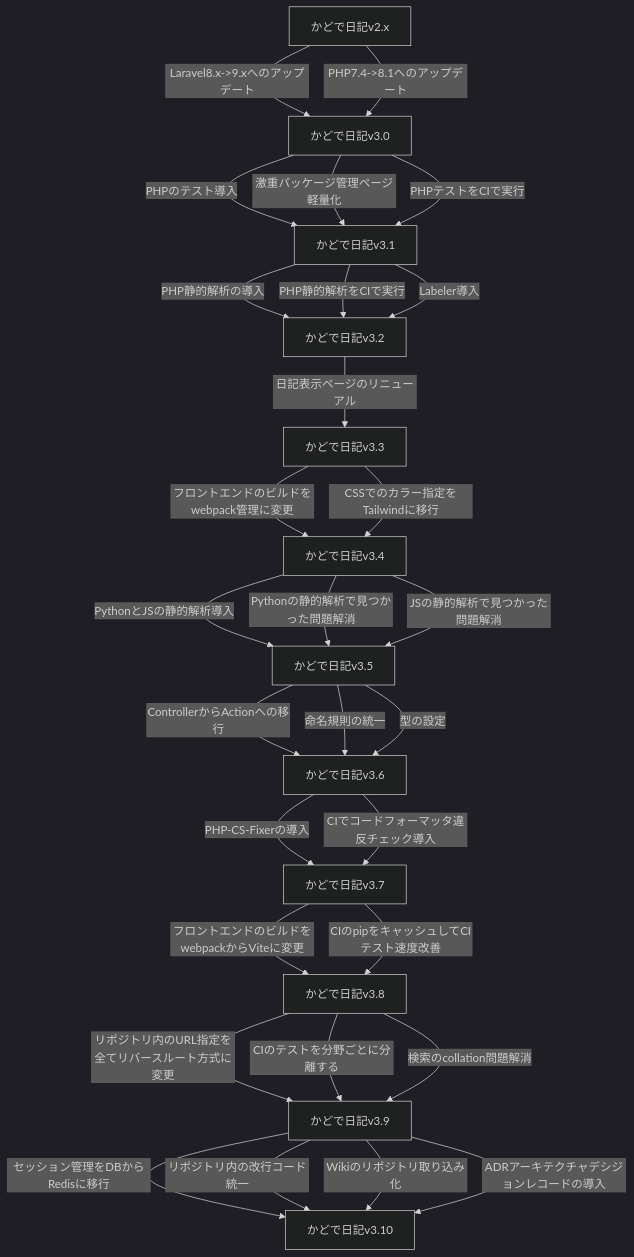
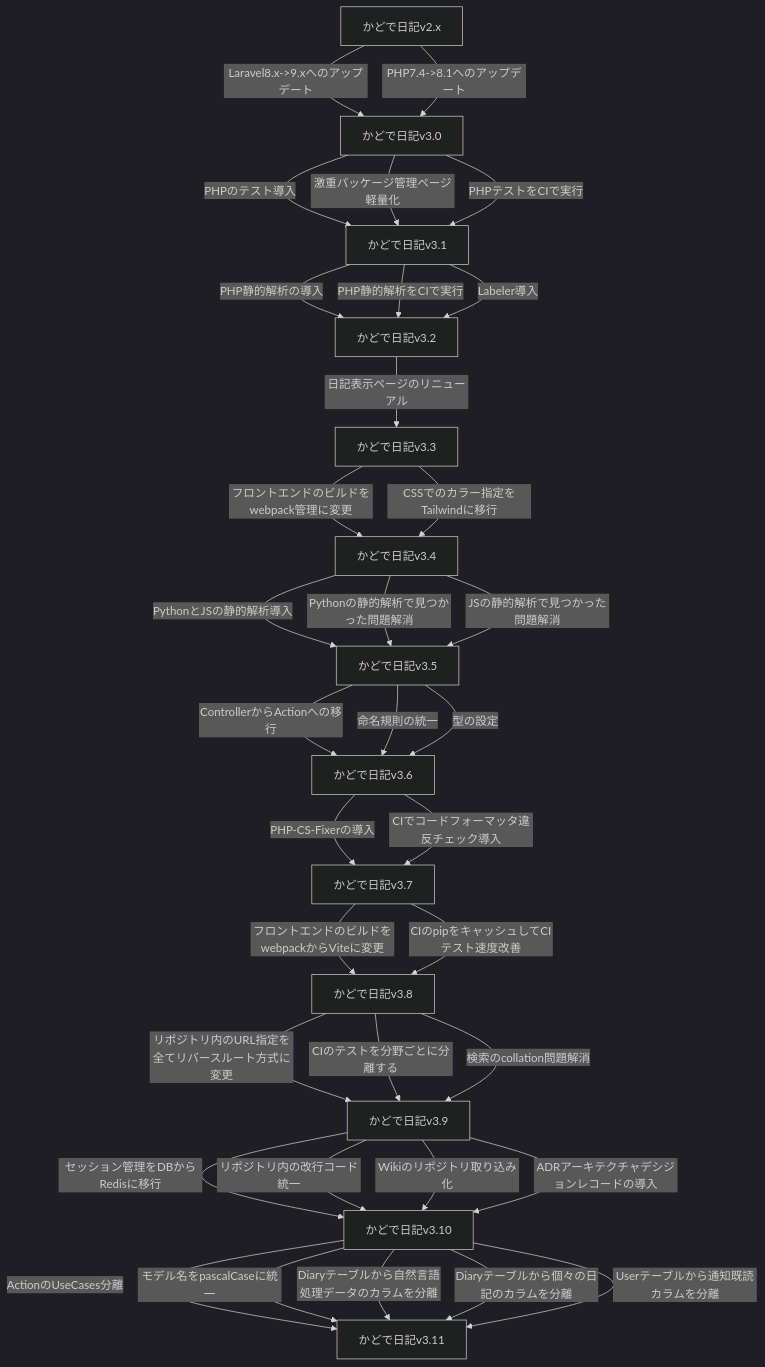
Before and after one commit to KadodeProject/kadode_nikki3: the diagram in docs/ROADMAP/v3.md, drawn with Mermaid (dark theme). The commit also changed 4 other files, not shown here.

````diff
--- a/docs/ROADMAP/v3.md
+++ b/docs/ROADMAP/v3.md
@@ -1,31 +1,36 @@
 ```mermaid
 flowchart TD
     0[かどで日記v2.x]-->|Laravel8.x->9.xへのアップデート|1[かどで日記v3.0]
     0-->|PHP7.4->8.1へのアップデート|1
     1-->|PHPのテスト導入|2[かどで日記v3.1]
     1-->|激重パッケージ管理ページ軽量化|2
     1-->|PHPテストをCIで実行|2
     2-->|PHP静的解析の導入|3[かどで日記v3.2]
     2-->|PHP静的解析をCIで実行|3
     2-->|Labeler導入|3
     3-->|日記表示ページのリニューアル|4[かどで日記v3.3]
     4-->|フロントエンドのビルドをwebpack管理に変更|5[かどで日記v3.4]
     4-->|CSSでのカラー指定をTailwindに移行|5
     5-->|PythonとJSの静的解析導入|A[かどで日記v3.5]
     5-->|Pythonの静的解析で見つかった問題解消|A
     5-->|JSの静的解析で見つかった問題解消|A
     A-->|ControllerからActionへの移行|B[かどで日記v3.6]
     A-->|命名規則の統一|B
     A-->|型の設定|B
     B-->|PHP-CS-Fixerの導入|C[かどで日記v3.7]
     B-->|CIでコードフォーマッタ違反チェック導入|C
     C-->|フロントエンドのビルドをwebpackからViteに変更|D[かどで日記v3.8]
     C-->|CIのpipをキャッシュしてCIテスト速度改善|D
     D-->|リポジトリ内のURL指定を全てリバースルート方式に変更|E[かどで日記v3.9]
     D-->|CIのテストを分野ごとに分離する|E
     D-->|検索のcollation問題解消|E
     E[かどで日記v3.9]-->|セッション管理をDBからRedisに移行|E_F[かどで日記v3.10]
     E-->|リポジトリ内の改行コード統一|E_F
     E-->|Wikiのリポジトリ取り込み化|E_F
     E-->|ADRアーキテクチャデシジョンレコードの導入|E_F
+    E_F[かどで日記v3.10]-->|ActionのUseCases分離|E_FF[かどで日記v3.11]
+    E_F-->|モデル名をpascalCaseに統一|E_FF
+    E_F-->|Diaryテーブルから自然言語処理データのカラムを分離|E_FF
+    E_F-->|Diaryテーブルから個々の日記のカラムを分離|E_FF
+    E_F-->|Userテーブルから通知既読カラムを分離|E_FF
 ```
````
